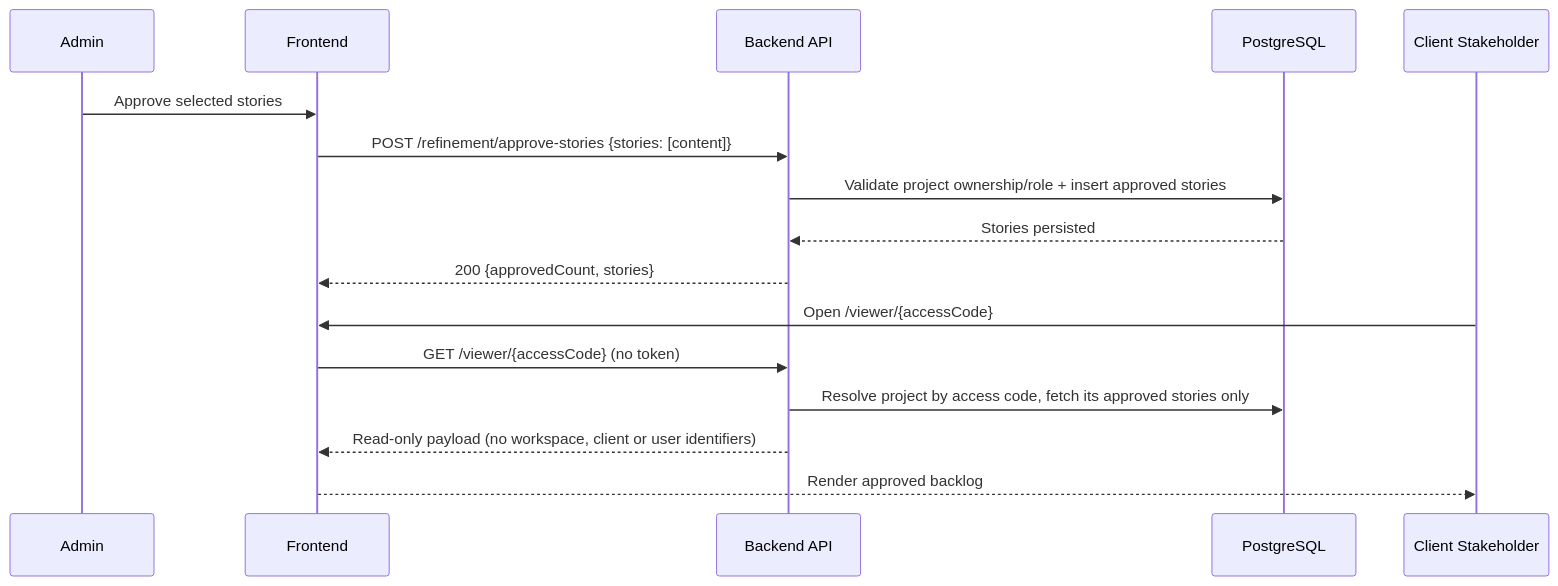
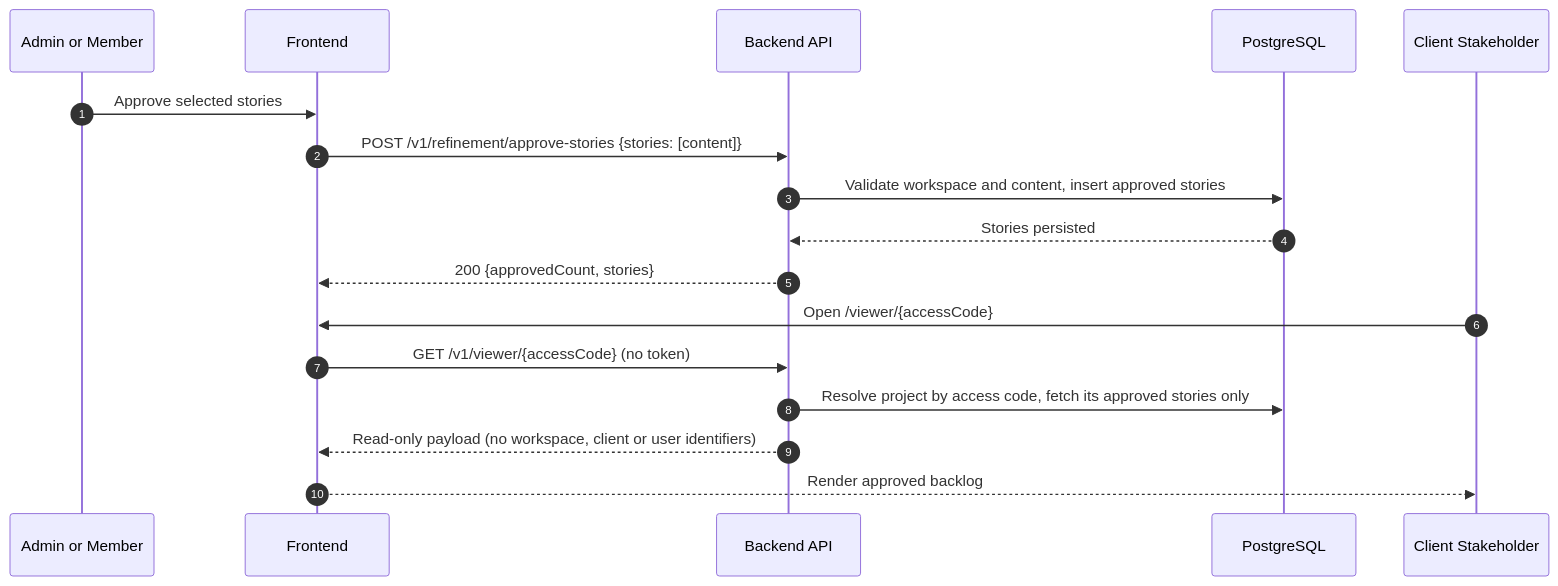
The third of 13 diagrams in docs/03-architecture/diagrams/sequence-diagrams.md (alonsovndev/open-projects-hub-docs), drawn with Mermaid before and after one commit. The commit also changed other lines of this file and 63 other files, not shown here.

````diff
--- a/docs/03-architecture/diagrams/sequence-diagrams.md
+++ b/docs/03-architecture/diagrams/sequence-diagrams.md
@@ -82,19 +91,20 @@
 ```mermaid
 sequenceDiagram
-    participant Admin
+    autonumber
+    participant Admin as Admin or Member
     participant FE as Frontend
     participant BE as Backend API
     participant DB as PostgreSQL
     participant Stakeholder as Client Stakeholder
 
     Admin->>FE: Approve selected stories
-    FE->>BE: POST /refinement/approve-stories {stories: [content]}
-    BE->>DB: Validate project ownership/role + insert approved stories
+    FE->>BE: POST /v1/refinement/approve-stories {stories: [content]}
+    BE->>DB: Validate workspace and content, insert approved stories
     DB-->>BE: Stories persisted
     BE-->>FE: 200 {approvedCount, stories}
     Stakeholder->>FE: Open /viewer/{accessCode}
-    FE->>BE: GET /viewer/{accessCode} (no token)
+    FE->>BE: GET /v1/viewer/{accessCode} (no token)
     BE->>DB: Resolve project by access code, fetch its approved stories only
     BE-->>FE: Read-only payload (no workspace, client or user identifiers)
     FE-->>Stakeholder: Render approved backlog
 ```
````
